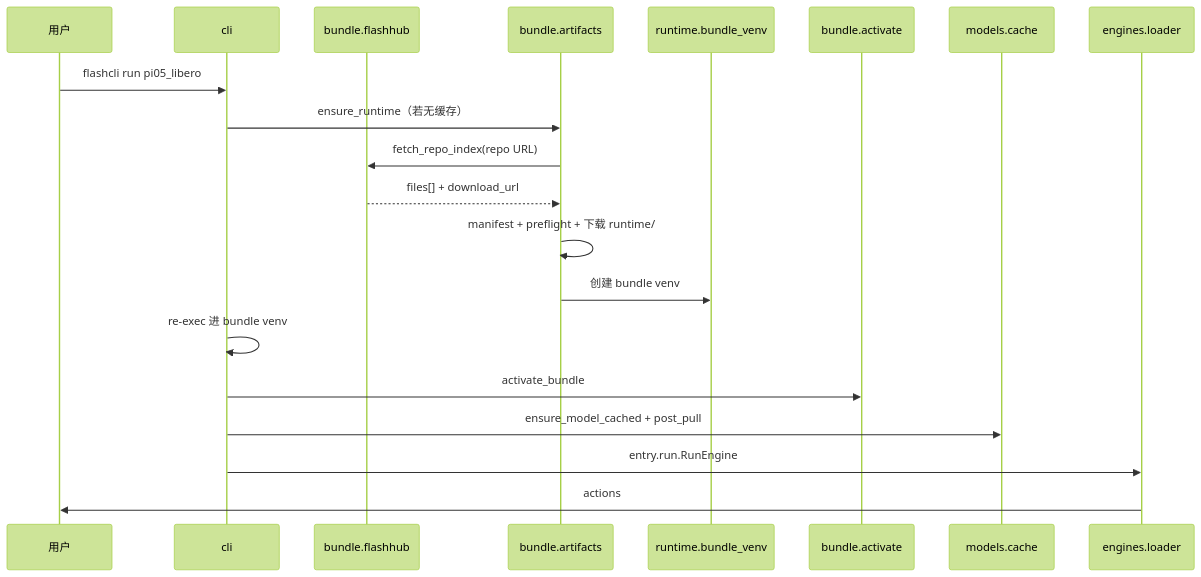
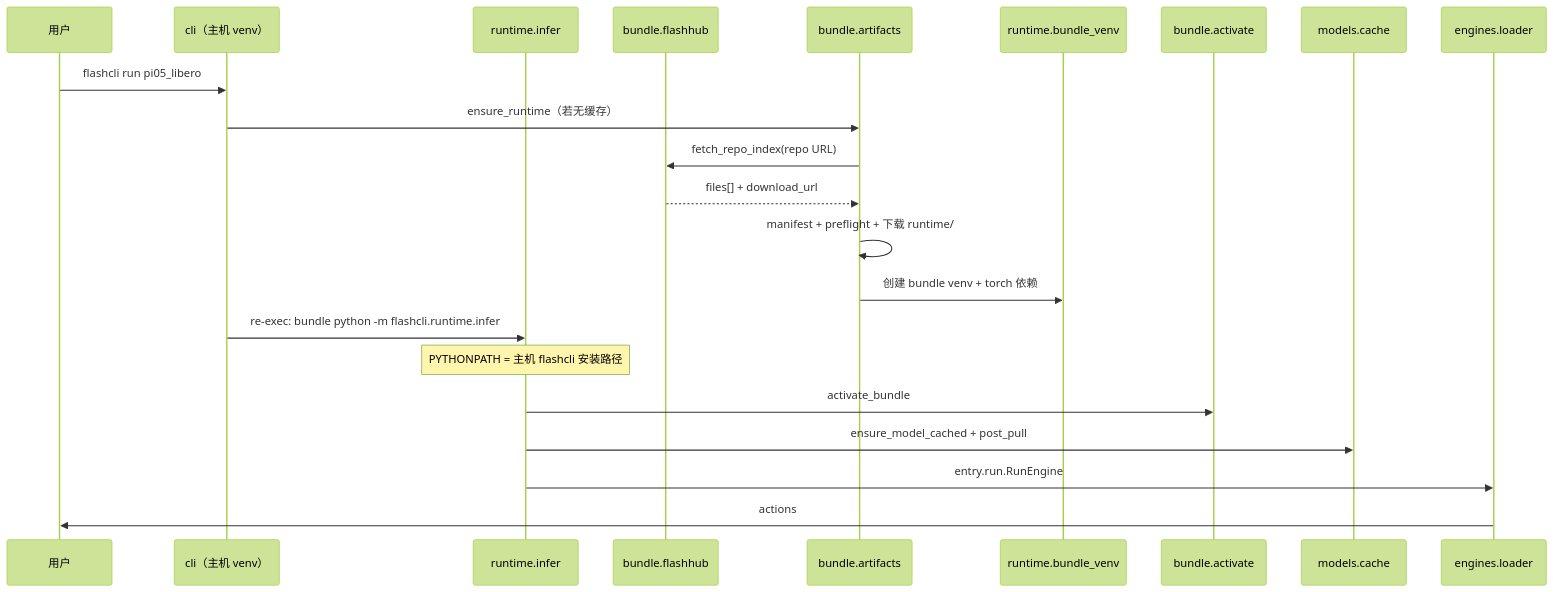
Before and after one commit to aodianyun/flashcli: the diagram in docs/architecture.zh-CN.md, drawn with Mermaid (forest theme). The commit also changed other lines of this file and 18 other files, not shown here.

Commit message:
fix bundle run venv

````diff
--- a/docs/architecture.zh-CN.md
+++ b/docs/architecture.zh-CN.md
@@ -33,23 +62,25 @@
 ```mermaid
 sequenceDiagram
   participant U as 用户
-  participant CLI as cli
+  participant CLI as cli（主机 venv）
+  participant Infer as runtime.infer
   participant FH as bundle.flashhub
   participant Art as bundle.artifacts
   participant Venv as runtime.bundle_venv
   participant Act as bundle.activate
   participant Cache as models.cache
   participant Ldr as engines.loader
 
   U->>CLI: flashcli run pi05_libero
   CLI->>Art: ensure_runtime（若无缓存）
   Art->>FH: fetch_repo_index(repo URL)
   FH-->>Art: files[] + download_url
   Art->>Art: manifest + preflight + 下载 runtime/
-  Art->>Venv: 创建 bundle venv
-  CLI->>CLI: re-exec 进 bundle venv
-  CLI->>Act: activate_bundle
-  CLI->>Cache: ensure_model_cached + post_pull
-  CLI->>Ldr: entry.run.RunEngine
+  Art->>Venv: 创建 bundle venv + torch 依赖
+  CLI->>Infer: re-exec: bundle python -m flashcli.runtime.infer
+  Note over Infer: PYTHONPATH = 主机 flashcli 安装路径
+  Infer->>Act: activate_bundle
+  Infer->>Cache: ensure_model_cached + post_pull
+  Infer->>Ldr: entry.run.RunEngine
   Ldr->>U: actions
 ```
````
